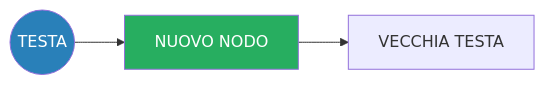
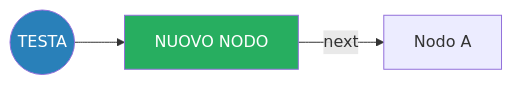
Before and after one commit to Micheles2102/Prog.1: the third of 3 diagrams in Liste/README.md, drawn with Mermaid. The commit also changed other lines of this file, not shown here.

````diff
--- a/Liste/README.md
+++ b/Liste/README.md
@@ -34,7 +35,7 @@
 ```mermaid
 graph LR
     Head((TESTA)) --> NewNode["NUOVO NODO"]
-    NewNode --> OldHead["VECCHIA TESTA"]
+    NewNode -- "next" --> Node1["Nodo A"]
     style Head fill:#2980b9,color:#fff
     style NewNode fill:#27ae60,color:#fff
 ```
````
